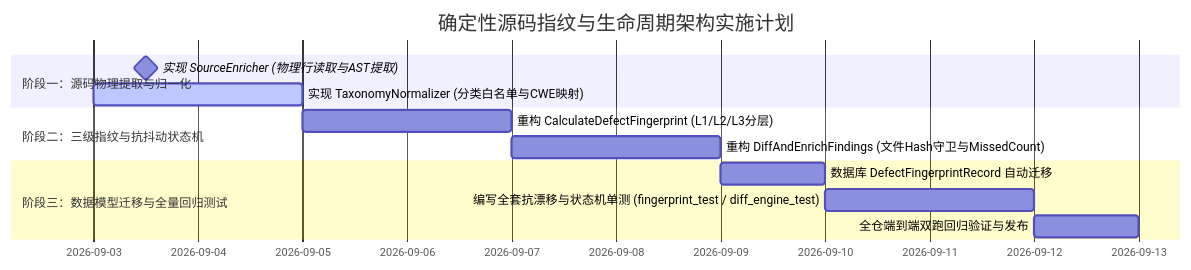
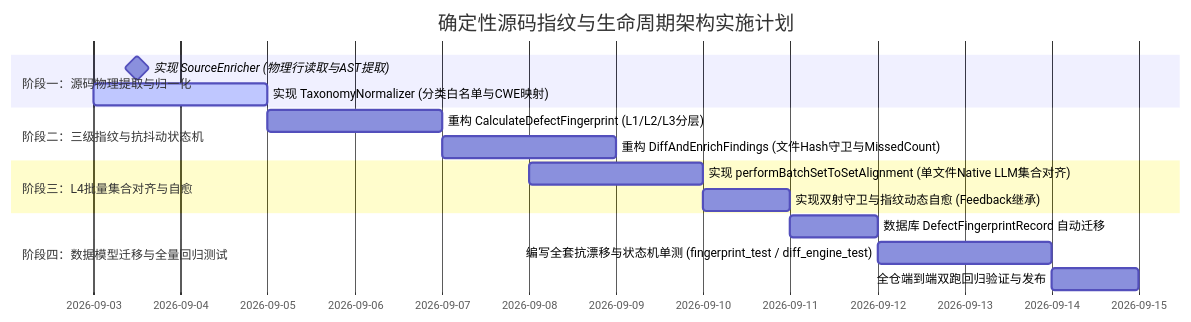
One commit to fugui/code-shield changed the sixth of 6 diagrams in docs/deterministic-fingerprint-architecture/01-确定性源码指纹与抗抖动增量生命周期架构设计.md. Above: the diagram before and after it, drawn with Mermaid. The commit also changed other lines of this file and 1 other file, not shown here.

````diff
--- a/docs/deterministic-fingerprint-architecture/01-确定性源码指纹与抗抖动增量生命周期架构设计.md
+++ b/docs/deterministic-fingerprint-architecture/01-确定性源码指纹与抗抖动增量生命周期架构设计.md
@@ -510,15 +571,18 @@
 ```mermaid
 gantt
     title 确定性源码指纹与生命周期架构实施计划
     dateFormat  YYYY-MM-DD
     section 阶段一：源码物理提取与归一化
     实现 SourceEnricher (物理行读取与AST提取) :milestone, 2026-09-03, 1d
     实现 TaxonomyNormalizer (分类白名单与CWE映射) :active, 2026-09-03, 2d
     section 阶段二：三级指纹与抗抖动状态机
     重构 CalculateDefectFingerprint (L1/L2/L3分层) :2026-09-05, 2d
     重构 DiffAndEnrichFindings (文件Hash守卫与MissedCount) :2026-09-07, 2d
-    section 阶段三：数据模型迁移与全量回归测试
-    数据库 DefectFingerprintRecord 自动迁移 :2026-09-09, 1d
-    编写全套抗漂移与状态机单测 (fingerprint_test / diff_engine_test) :2026-09-10, 2d
-    全仓端到端双跑回归验证与发布 :2026-09-12, 1d
+    section 阶段三：L4批量集合对齐与自愈
+    实现 performBatchSetToSetAlignment (单文件Native LLM集合对齐) :2026-09-08, 2d
+    实现双射守卫与指纹动态自愈 (Feedback继承) :2026-09-10, 1d
+    section 阶段四：数据模型迁移与全量回归测试
+    数据库 DefectFingerprintRecord 自动迁移 :2026-09-11, 1d
+    编写全套抗漂移与状态机单测 (fingerprint_test / diff_engine_test) :2026-09-12, 2d
+    全仓端到端双跑回归验证与发布 :2026-09-14, 1d
 ```
````
